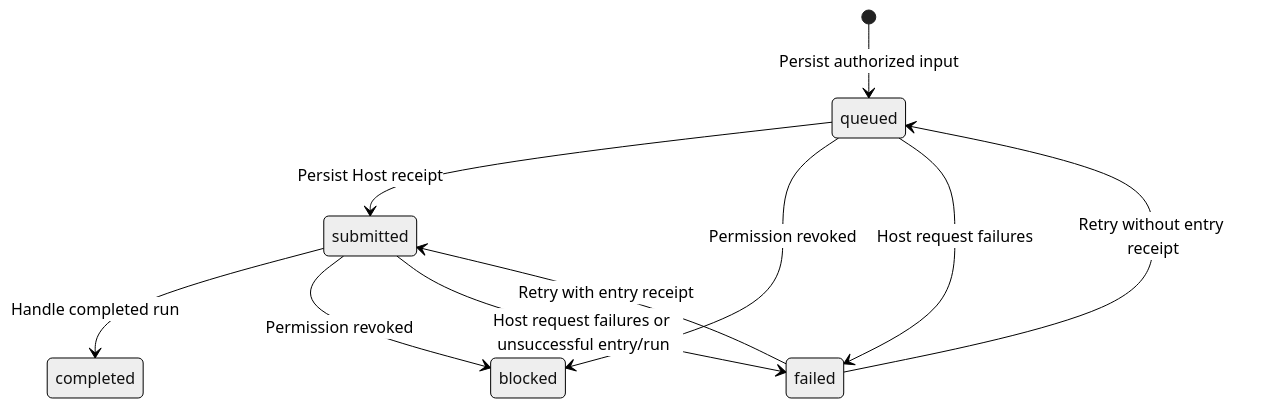
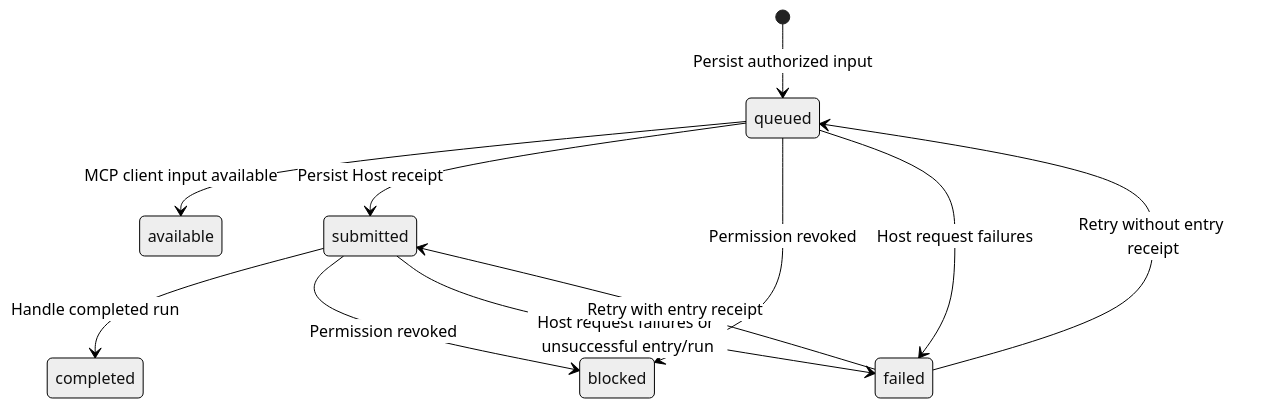
The diagram in spec/03-routing-and-delivery.md (saurlax/agent-causeway), drawn with Mermaid (neutral theme) before and after one commit. The commit also changed other lines of this file and 46 other files, not shown here.

````diff
--- a/spec/03-routing-and-delivery.md
+++ b/spec/03-routing-and-delivery.md
@@ -28,12 +58,13 @@
 ```mermaid
 stateDiagram-v2
     [*] --> queued: Persist authorized input
+    queued --> available: MCP client input available
     queued --> submitted: Persist Host receipt
     submitted --> completed: Handle completed run
     queued --> blocked: Permission revoked
     submitted --> blocked: Permission revoked
     queued --> failed: Host request failures
     submitted --> failed: Host request failures or unsuccessful entry/run
     failed --> queued: Retry without entry receipt
     failed --> submitted: Retry with entry receipt
 ```
````
